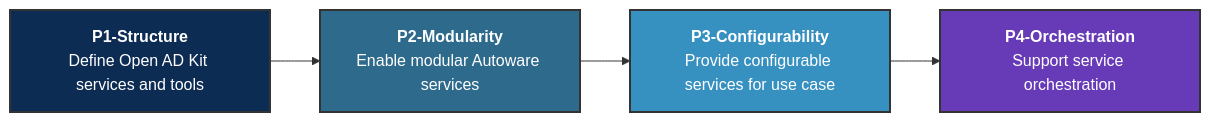
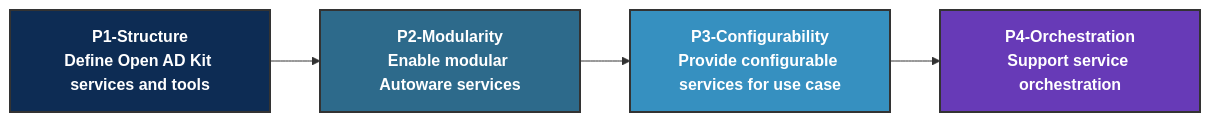
Before and after one commit to Shiritai/openadkit: the diagram in docs/Roadmap/index.md, drawn with Mermaid.

Commit message:
change roadmap colors

````diff
--- a/docs/Roadmap/index.md
+++ b/docs/Roadmap/index.md
@@ -3,14 +3,19 @@
 ```mermaid
 graph LR
-    A["<strong>P1-Structure</strong><br/>Define Open AD Kit services and tools"]
-    B["<strong>P2-Modularity</strong><br/>Enable modular Autoware services"]
-    C["<strong>P3-Configurability</strong><br/>Provide configurable services for use case"]
-    D["<strong>P4-Orchestration</strong><br/>Support service orchestration"]
+    A[P1-Structure<br/>Define Open AD Kit services and tools]
+    B[P2-Modularity<br/>Enable modular Autoware services]
+    C[P3-Configurability<br/>Provide configurable services for use case]
+    D[P4-Orchestration<br/>Support service orchestration]
 
     A --> B --> C --> D;
 
-    style A fill:#0d2c54,stroke:#333,stroke-width:2px,color:#fff;
-    style B fill:#2d6a8b,stroke:#333,stroke-width:2px,color:#fff;
-    style C fill:#3690c0,stroke:#333,stroke-width:2px,color:#fff;
-    style D fill:#673ab7,stroke:#333,stroke-width:2px,color:#fff;
+    classDef p1 fill:#0d2c54,stroke:#333,stroke-width:2px,color:#fff,font-weight:bold;
+    classDef p2 fill:#2d6a8b,stroke:#333,stroke-width:2px,color:#fff,font-weight:bold;
+    classDef p3 fill:#3690c0,stroke:#333,stroke-width:2px,color:#fff,font-weight:bold;
+    classDef p4 fill:#673ab7,stroke:#333,stroke-width:2px,color:#fff,font-weight:bold;
+
+    class A p1;
+    class B p2;
+    class C p3;
+    class D p4;
 ```
````
